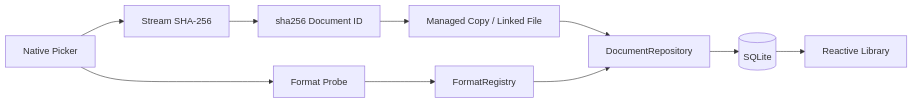
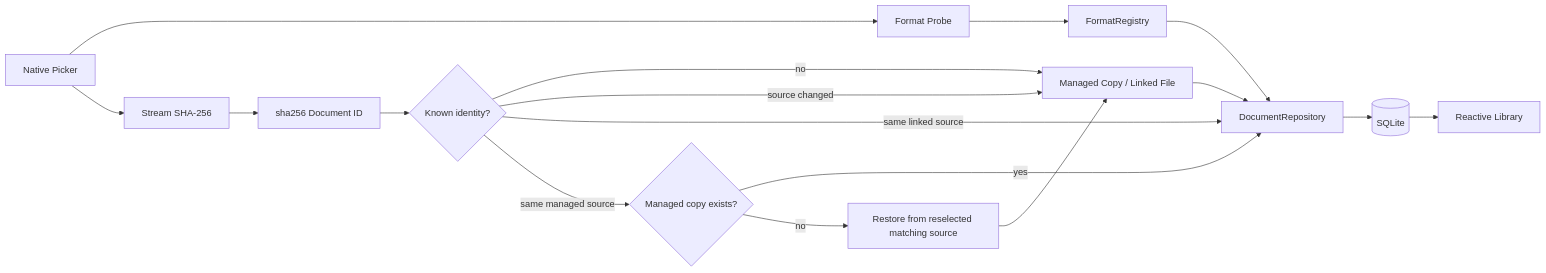
Before and after one commit to aaditya140103/kola: the second of 17 diagrams in docs/PROJECT_GRAPH.md, drawn with Mermaid. The commit also changed other lines of this file and 11 other files, not shown here.

````diff
--- a/docs/PROJECT_GRAPH.md
+++ b/docs/PROJECT_GRAPH.md
@@ -38,9 +38,15 @@
 ```mermaid
 flowchart LR
     Pick[Native Picker] --> Detect[Format Probe]
     Pick --> Hash[Stream SHA-256] --> ID[sha256 Document ID]
-    ID --> Store[Managed Copy / Linked File]
+    ID --> Existing{Known identity?}
+    Existing -- no --> Store[Managed Copy / Linked File]
+    Existing -- source changed --> Store
+    Existing -- same linked source --> Repo[DocumentRepository]
+    Existing -- same managed source --> Healthy{Managed copy exists?}
+    Healthy -- yes --> Repo
+    Healthy -- no --> Repair[Restore from reselected matching source] --> Store
     Detect --> Registry[FormatRegistry]
-    Store --> Repo[DocumentRepository]
-    Registry --> Repo --> DB[(SQLite)] --> Library[Reactive Library]
+    Registry --> Repo
+    Store --> Repo --> DB[(SQLite)] --> Library[Reactive Library]
 ```
````
